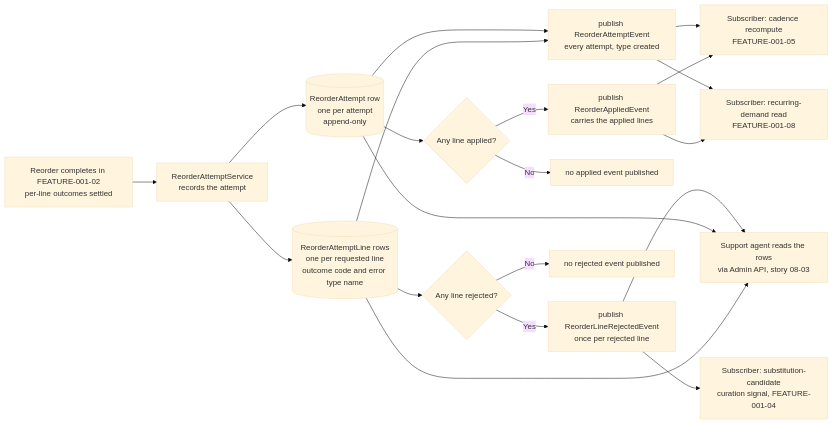
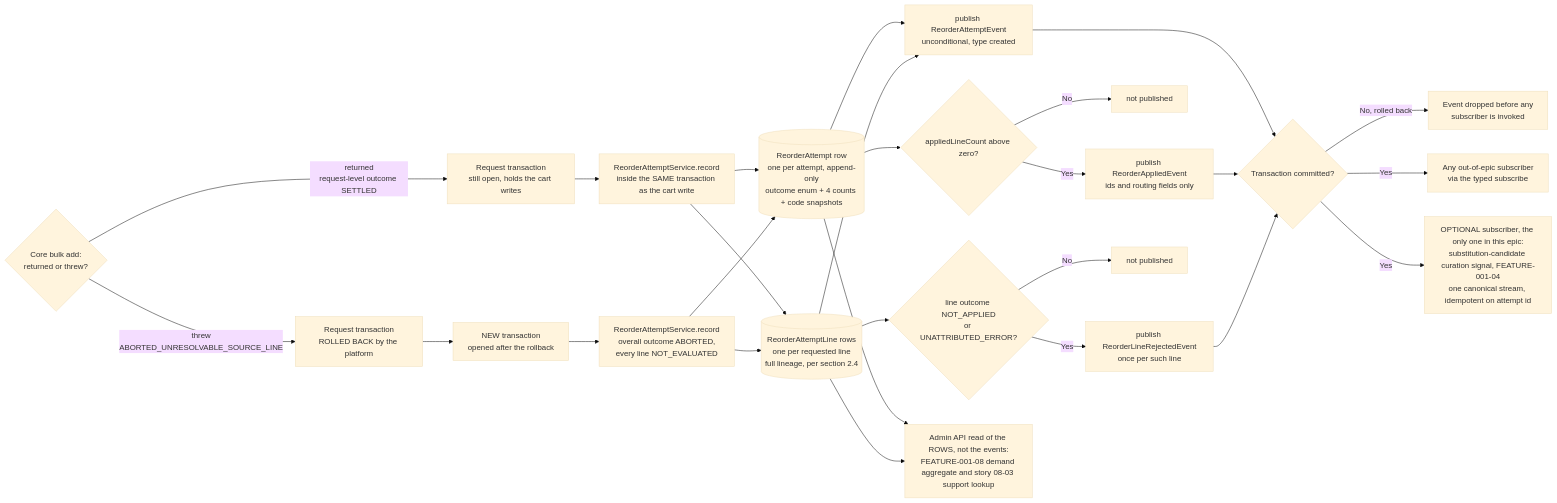
The diagram in tickets/EPIC-001/FEATURE-001-07-reorder-instrumentation.md (blitzy-public-samples/vendure), drawn with Mermaid (base theme) before and after one commit. The commit also changed other lines of this file and 10 other files, not shown here.

````diff
--- a/tickets/EPIC-001/FEATURE-001-07-reorder-instrumentation.md
+++ b/tickets/EPIC-001/FEATURE-001-07-reorder-instrumentation.md
@@ -190,28 +477,46 @@
 ```mermaid
 flowchart LR
-    A["Reorder completes in FEATURE-001-02<br/>per-line outcomes settled"] --> B["ReorderAttemptService<br/>records the attempt"]
-    B --> C[("ReorderAttempt row<br/>one per attempt<br/>append-only")]
-    B --> D[("ReorderAttemptLine rows<br/>one per requested line<br/>outcome code and error type name")]
-    C --> E["publish ReorderAttemptEvent<br/>every attempt, type created"]
+    A{"Core bulk add:<br/>returned or threw?"}
+    A -- "returned<br/>request-level outcome SETTLED" --> T1["Request transaction<br/>still open, holds the cart writes"]
+    A -- "threw<br/>ABORTED_UNRESOLVABLE_SOURCE_LINE" --> RB["Request transaction<br/>ROLLED BACK by the platform"]
+    RB --> T2["NEW transaction<br/>opened after the rollback"]
+    T1 --> B["ReorderAttemptService.record<br/>inside the SAME transaction as the cart write"]
+    T2 --> B2["ReorderAttemptService.record<br/>overall outcome ABORTED,<br/>every line NOT_EVALUATED"]
+    B --> C[("ReorderAttempt row<br/>one per attempt, append-only<br/>outcome enum + 4 counts + code snapshots")]
+    B --> D[("ReorderAttemptLine rows<br/>one per requested line<br/>full lineage, per section 2.4")]
+    B2 --> C
+    B2 --> D
+    C --> E["publish ReorderAttemptEvent<br/>unconditional, type created"]
     D --> E
-    C --> F{"Any line applied?"}
-    F -- "Yes" --> G["publish ReorderAppliedEvent<br/>carries the applied lines"]
-    F -- "No" --> H["no applied event published"]
-    D --> I{"Any line rejected?"}
-    I -- "Yes" --> J["publish ReorderLineRejectedEvent<br/>once per rejected line"]
-    I -- "No" --> K["no rejected event published"]
-    E --> S1["Subscriber: cadence recompute<br/>FEATURE-001-05"]
-    G --> S1
-    E --> S2["Subscriber: recurring-demand read<br/>FEATURE-001-08"]
-    G --> S2
-    J --> S3["Subscriber: substitution-candidate<br/>curation signal, FEATURE-001-04"]
-    J --> S4["Support agent reads the rows<br/>via Admin API, story 08-03"]
-    C --> S4
-    D --> S4
-    %% The typed subscribe delivers only after any active database transactions are
-    %% complete, because every payload carries a request context. A subscriber therefore
-    %% reads committed audit rows rather than rows its own transaction cannot yet see.
-    %% Nothing on any subscriber path writes back into the reorder result: the reorder
-    %% mutation has already returned its payload before this figure begins.
-    %% Publication is non-blocking. No blocking handler is registered for these events.
+    C --> F{"appliedLineCount above zero?"}
+    F -- "Yes" --> G["publish ReorderAppliedEvent<br/>ids and routing fields only"]
+    F -- "No" --> H["not published"]
+    D --> I{"line outcome NOT_APPLIED<br/>or UNATTRIBUTED_ERROR?"}
+    I -- "Yes" --> J["publish ReorderLineRejectedEvent<br/>once per such line"]
+    I -- "No" --> K["not published"]
+    E --> CM{"Transaction committed?"}
+    G --> CM
+    J --> CM
+    CM -- "No, rolled back" --> DROP["Event dropped before any<br/>subscriber is invoked"]
+    CM -- "Yes" --> X1["Any out-of-epic subscriber<br/>via the typed subscribe"]
+    CM -- "Yes" --> S3["OPTIONAL subscriber, the only one in this epic:<br/>substitution-candidate curation signal, FEATURE-001-04<br/>one canonical stream, idempotent on attempt id"]
+    C --> R1["Admin API read of the ROWS, not the events:<br/>FEATURE-001-08 demand aggregate and story 08-03 support lookup"]
+    D --> R1
+    %% ORDERING. Publication happens inside the transaction that wrote the rows; the typed
+    %% subscribe defers invocation until that transaction commits, because every payload
+    %% carries a request context. A subscriber therefore always reads committed rows.
+    %% A rolled-back transaction suppresses its event entirely: published, never delivered.
+    %% NEUTRALITY. No arrow returns. No subscriber writes back into the reorder result.
+    %% The atomic scope is this feature's two inserts and nothing else. No blocking
+    %% handler is registered, which is why publication does not join that scope.
+    %% NOT SUBSCRIBERS. FEATURE-001-08 reads rows on demand and subscribes to nothing.
+    %% FEATURE-001-05 appears nowhere here: its cadence input is placed-order history,
+    %% not this bus, so no arrow from an event reaches it.
+    %% There is deliberately NO cadence-recompute subscriber node. FEATURE-001-05 derives
+    %% every interval from placed-order history and subscribes to nothing here; an earlier
+    %% draft drew that edge and section 4.2 records its withdrawal.
+    %% This plugin registers no blocking handler, so its own publications are not awaited
+    %% by anything of its own. Publication is NOT unconditionally non-blocking: publish
+    %% awaits every registered blocking handler and a handler's error propagates, and any
+    %% plugin may register one for these events. See section 2.11.
 ```
````
